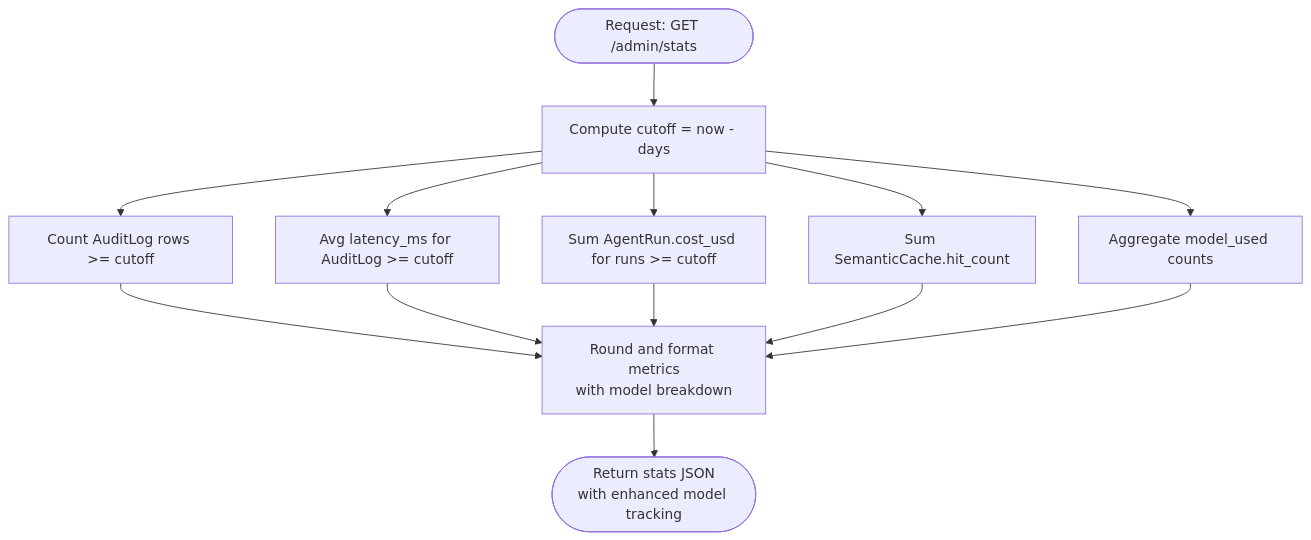
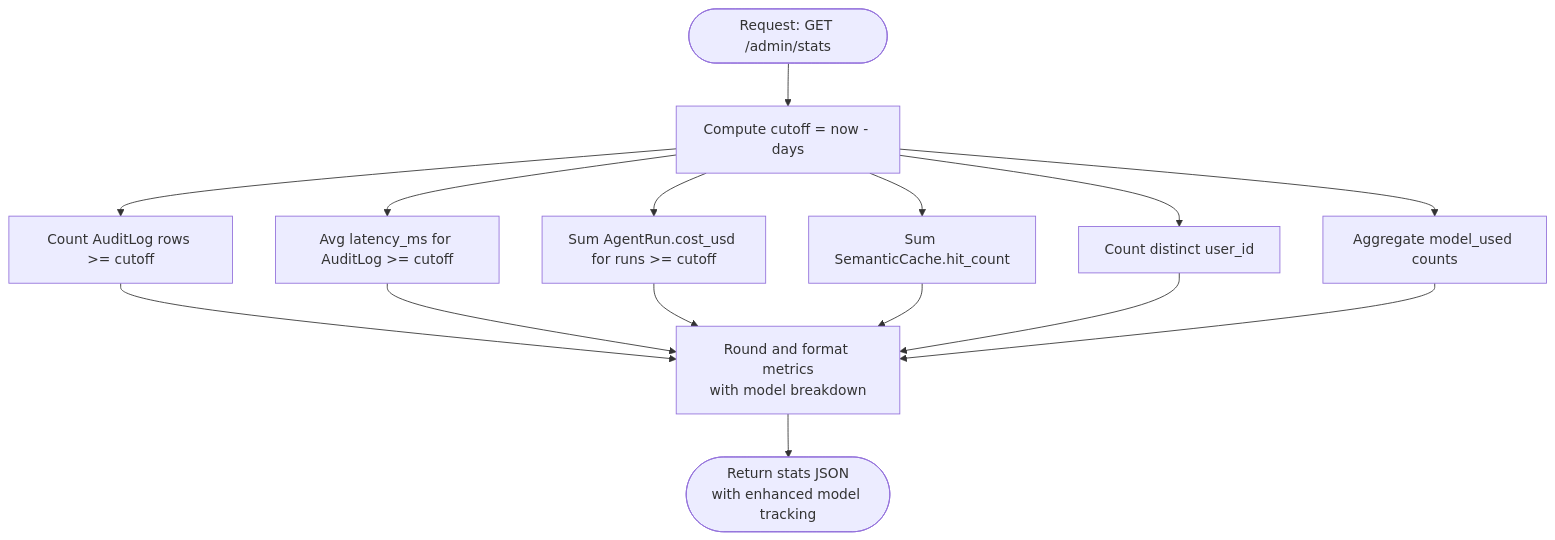
Before and after one commit to genes8/private-ai: the seventh of 12 diagrams in .qoder/repowiki/en/content/API Reference/Administrative API/Audit and Monitoring API.md, drawn with Mermaid. The commit also changed other lines of this file and 36 other files, not shown here.

````diff
--- a/.qoder/repowiki/en/content/API Reference/Administrative API/Audit and Monitoring API.md
+++ b/.qoder/repowiki/en/content/API Reference/Administrative API/Audit and Monitoring API.md
@@ -277,15 +402,17 @@
 ```mermaid
 flowchart TD
 StartStats(["Request: GET /admin/stats"]) --> Window["Compute cutoff = now - days"]
 Window --> Queries["Count AuditLog rows >= cutoff"]
 Window --> Latency["Avg latency_ms for AuditLog >= cutoff"]
 Window --> Cost["Sum AgentRun.cost_usd for runs >= cutoff"]
 Window --> Cache["Sum SemanticCache.hit_count"]
+Window --> Users["Count distinct user_id"]
 Window --> ModelBreakdown["Aggregate model_used counts"]
 Queries --> Combine["Round and format metrics<br/>with model breakdown"]
 Latency --> Combine
 Cost --> Combine
 Cache --> Combine
+Users --> Combine
 ModelBreakdown --> Combine
 Combine --> EndStats(["Return stats JSON<br/>with enhanced model tracking"])
 ```
````
